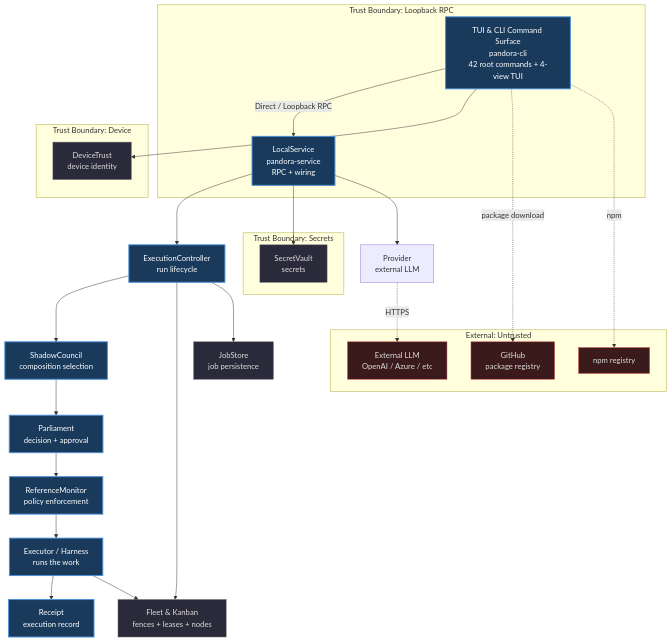
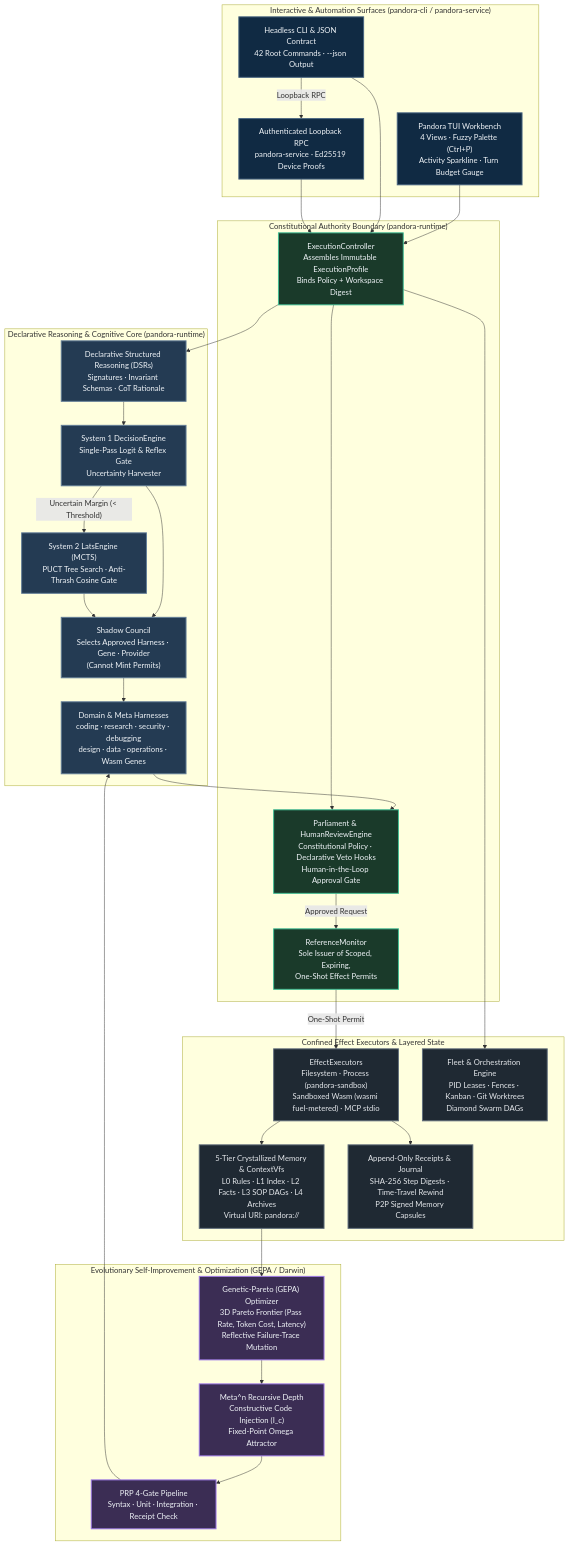
Before and after one commit to anisayakmitra-in/AGENT-PANDORA: the first of 5 diagrams in docs/ARCHITECTURE.md, drawn with Mermaid. The commit also changed other lines of this file and 7 other files, not shown here.

Commit message:
fix(cli): resolve rate-limiting in update command test and add SUNLESS architectural diagrams

````diff
--- a/docs/ARCHITECTURE.md
+++ b/docs/ARCHITECTURE.md
@@ -5,66 +5,70 @@
 ```mermaid
 flowchart TB
-    %% ===== Core components =====
-    CLI["TUI & CLI Command Surface<br/>pandora-cli<br/>42 root commands + 4-view TUI"]
-    SVC["LocalService<br/>pandora-service<br/>RPC + wiring"]
-    EC["ExecutionController<br/>run lifecycle"]
-    SC["ShadowCouncil<br/>composition selection"]
-    PAR["Parliament<br/>decision + approval"]
-    RM["ReferenceMonitor<br/>policy enforcement"]
-    EX["Executor / Harness<br/>runs the work"]
-    RCPT["Receipt<br/>execution record"]
-    FLEET["Fleet & Kanban<br/>fences + leases + nodes"]
-    JS["JobStore<br/>job persistence"]
-    PROV["Provider<br/>external LLM"]
-    SV["SecretVault<br/>secrets"]
-    DT["DeviceTrust<br/>device identity"]
-
-    %% ===== Primary path =====
-    CLI -->|"Direct / Loopback RPC"| SVC
-    SVC --> EC
-    EC --> SC
-    SC --> PAR
-    PAR --> RM
-    RM --> EX
-    EX --> RCPT
-
-    %% ===== Supporting edges =====
-    EC --> FLEET
-    EC --> JS
-    EX --> FLEET
-    SVC --> SV
-    CLI --> DT
-    SVC --> PROV
-
-    %% ===== External dependencies =====
-    PROV -.->|"HTTPS"| EXT_LLM["External LLM<br/>OpenAI / Azure / etc"]
-    CLI -.->|"package download"| EXT_GH["GitHub<br/>package registry"]
-    CLI -.->|"npm"| EXT_NPM["npm registry"]
-
-    %% ===== Trust boundaries =====
-    subgraph TB1["Trust Boundary: Loopback RPC"]
-        CLI
-        SVC
-    end
-    subgraph TB2["Trust Boundary: Secrets"]
-        SV
-    end
-    subgraph TB3["Trust Boundary: Device"]
-        DT
-    end
-    subgraph TB4["External: Untrusted"]
-        EXT_LLM
-        EXT_GH
-        EXT_NPM
+    subgraph Surface["Interactive & Automation Surfaces (pandora-cli / pandora-service)"]
+        TUI["Pandora TUI Workbench<br/>4 Views · Fuzzy Palette (Ctrl+P)<br/>Activity Sparkline · Turn Budget Gauge"]
+        CLI["Headless CLI & JSON Contract<br/>42 Root Commands · --json Output"]
+        SVC["Authenticated Loopback RPC<br/>pandora-service · Ed25519 Device Proofs"]
     end
 
-    %% ===== Styling =====
-    classDef primary fill:#1a3a5c,stroke:#4a90d9,color:#fff,stroke-width:2px
-    classDef support fill:#2a2a3a,stroke:#666,color:#ddd
-    classDef external fill:#3a1a1a,stroke:#d94a4a,color:#ddd
-    classDef boundary fill:#1a3a2a,stroke:#4ad98a,color:#ddd
+    subgraph Reasoning["Declarative Reasoning & Cognitive Core (pandora-runtime)"]
+        DSR["Declarative Structured Reasoning (DSRs)<br/>Signatures · Invariant Schemas · CoT Rationale"]
+        S1["System 1 DecisionEngine<br/>Single-Pass Logit & Reflex Gate<br/>Uncertainty Harvester"]
+        S2["System 2 LatsEngine (MCTS)<br/>PUCT Tree Search · Anti-Thrash Cosine Gate"]
+        SC["Shadow Council<br/>Selects Approved Harness · Gene · Provider<br/>(Cannot Mint Permits)"]
+        DOM["Domain & Meta Harnesses<br/>coding · research · security · debugging<br/>design · data · operations · Wasm Genes"]
+    end
 
-    class CLI,SVC,EC,SC,PAR,RM,EX,RCPT primary
-    class FLEET,JS,SV,DT support
-    class EXT_LLM,EXT_GH,EXT_NPM external
+    subgraph Governance["Constitutional Authority Boundary (pandora-runtime)"]
+        EC["ExecutionController<br/>Assembles Immutable ExecutionProfile<br/>Binds Policy + Workspace Digest"]
+        PLM["Parliament & HumanReviewEngine<br/>Constitutional Policy · Declarative Veto Hooks<br/>Human-in-the-Loop Approval Gate"]
+        RM["ReferenceMonitor<br/>Sole Issuer of Scoped, Expiring,<br/>One-Shot Effect Permits"]
+    end
+
+    subgraph Execution["Confined Effect Executors & Layered State"]
+        EX["EffectExecutors<br/>Filesystem · Process (pandora-sandbox)<br/>Sandboxed Wasm (wasmi fuel-metered) · MCP stdio"]
+        MEM["5-Tier Crystallized Memory & ContextVfs<br/>L0 Rules · L1 Index · L2 Facts · L3 SOP DAGs · L4 Archives<br/>Virtual URI: pandora://"]
+        FLEET["Fleet & Orchestration Engine<br/>PID Leases · Fences · Kanban · Git Worktrees<br/>Diamond Swarm DAGs"]
+        RCPT["Append-Only Receipts & Journal<br/>SHA-256 Step Digests · Time-Travel Rewind<br/>P2P Signed Memory Capsules"]
+    end
+
+    subgraph Evolution["Evolutionary Self-Improvement & Optimization (GEPA / Darwin)"]
+        GEPA["Genetic-Pareto (GEPA) Optimizer<br/>3D Pareto Frontier (Pass Rate, Token Cost, Latency)<br/>Reflective Failure-Trace Mutation"]
+        METAN["Meta^n Recursive Depth<br/>Constructive Code Injection (I_c)<br/>Fixed-Point Omega Attractor"]
+        PRP["PRP 4-Gate Pipeline<br/>Syntax · Unit · Integration · Receipt Check"]
+    end
+
+    TUI --> EC
+    CLI --> EC
+    CLI -->|"Loopback RPC"| SVC
+    SVC --> EC
+
+    EC --> DSR
+    DSR --> S1
+    S1 -->|"Uncertain Margin (< Threshold)"| S2
+    S1 --> SC
+    S2 --> SC
+    SC --> DOM
+    DOM --> PLM
+    EC --> PLM
+    PLM -->|"Approved Request"| RM
+    RM -->|"One-Shot Permit"| EX
+    EX --> RCPT
+    EX --> MEM
+    EC --> FLEET
+    MEM --> GEPA
+    GEPA --> METAN
+    METAN --> PRP
+    PRP --> DOM
+
+    classDef surface fill:#102a43,stroke:#486581,color:#f0f4f8,stroke-width:2px
+    classDef reasoning fill:#243b53,stroke:#627d98,color:#f0f4f8,stroke-width:2px
+    classDef gov fill:#1a3a2a,stroke:#3ebd93,color:#f0f4f8,stroke-width:2px
+    classDef exec fill:#1f2933,stroke:#616e7c,color:#e4e7eb,stroke-width:2px
+    classDef evo fill:#3b2d54,stroke:#9f7aea,color:#f0f4f8,stroke-width:2px
+
+    class TUI,CLI,SVC surface
+    class DSR,S1,S2,SC,DOM reasoning
+    class EC,PLM,RM gov
+    class EX,MEM,FLEET,RCPT exec
+    class GEPA,METAN,PRP evo
 ```
````
